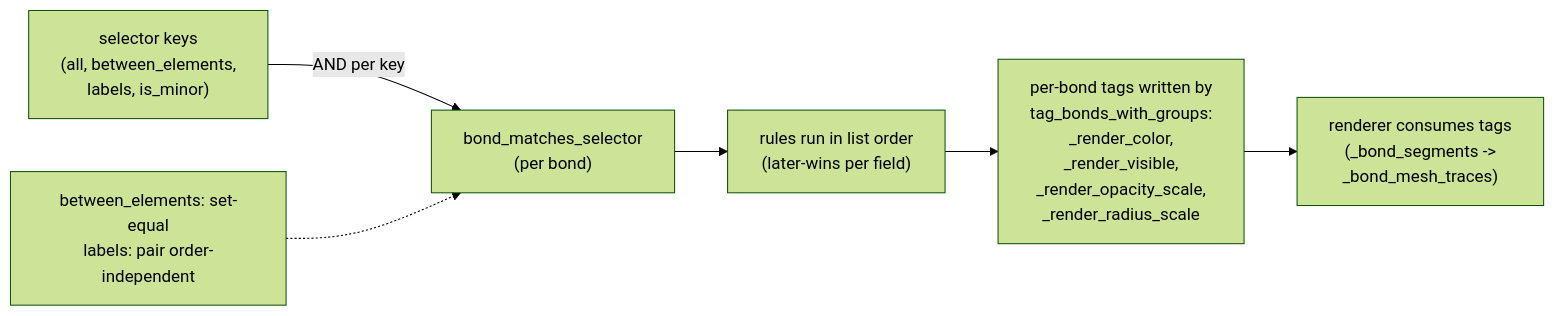
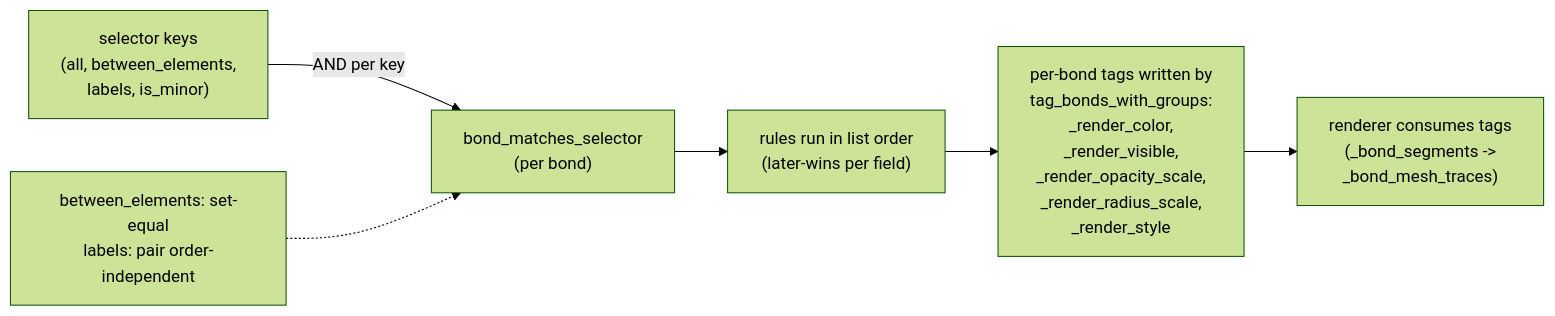
Before and after one commit to SchrodingersCattt/MatterVis: the first of 2 diagrams in docs/agents/bond_groups_api.md, drawn with Mermaid (forest theme). The commit also changed other lines of this file and 23 other files, not shown here.

````diff
--- a/docs/agents/bond_groups_api.md
+++ b/docs/agents/bond_groups_api.md
@@ -46,8 +47,8 @@
 ```mermaid
 flowchart LR
   S["selector keys<br/>(all, between_elements,<br/>labels, is_minor)"] -->|AND per key| M["bond_matches_selector<br/>(per bond)"]
   N["between_elements: set-equal<br/>labels: pair order-independent"] -.-> M
   M --> R["rules run in list order<br/>(later-wins per field)"]
-  R --> T["per-bond tags written by<br/>tag_bonds_with_groups:<br/>_render_color,<br/>_render_visible,<br/>_render_opacity_scale,<br/>_render_radius_scale"]
+  R --> T["per-bond tags written by<br/>tag_bonds_with_groups:<br/>_render_color,<br/>_render_visible,<br/>_render_opacity_scale,<br/>_render_radius_scale,<br/>_render_style"]
   T --> C["renderer consumes tags<br/>(_bond_segments -><br/>_bond_mesh_traces)"]
 ```
````
